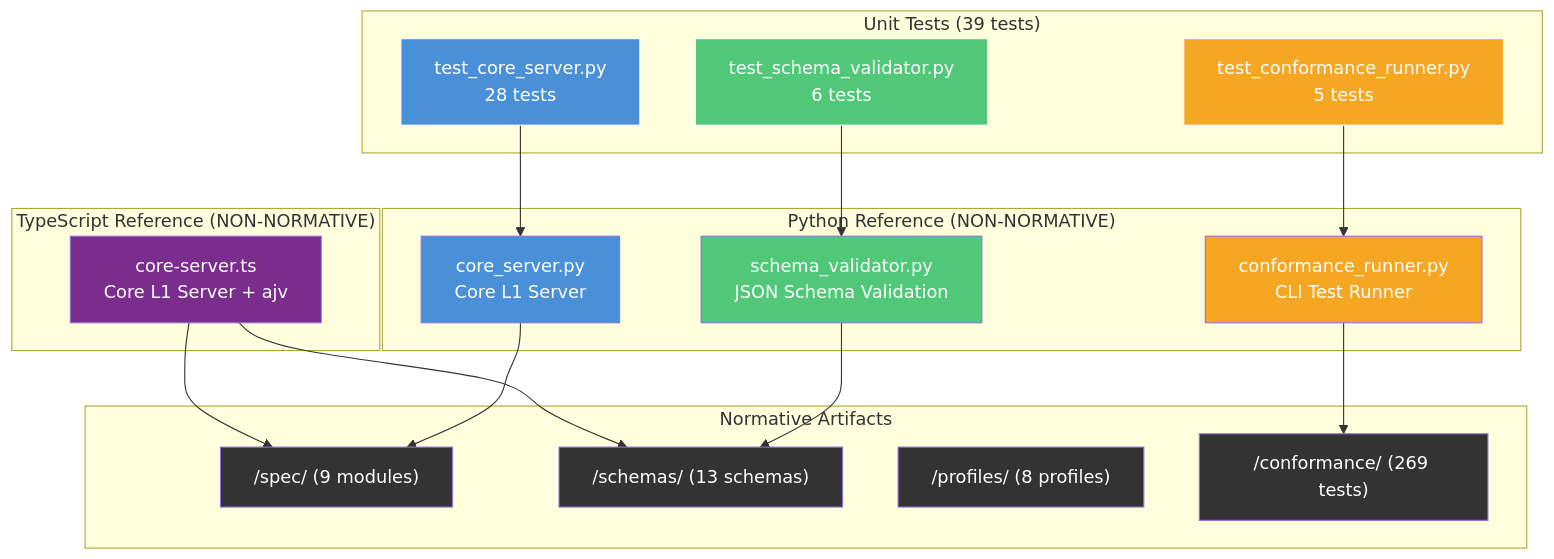
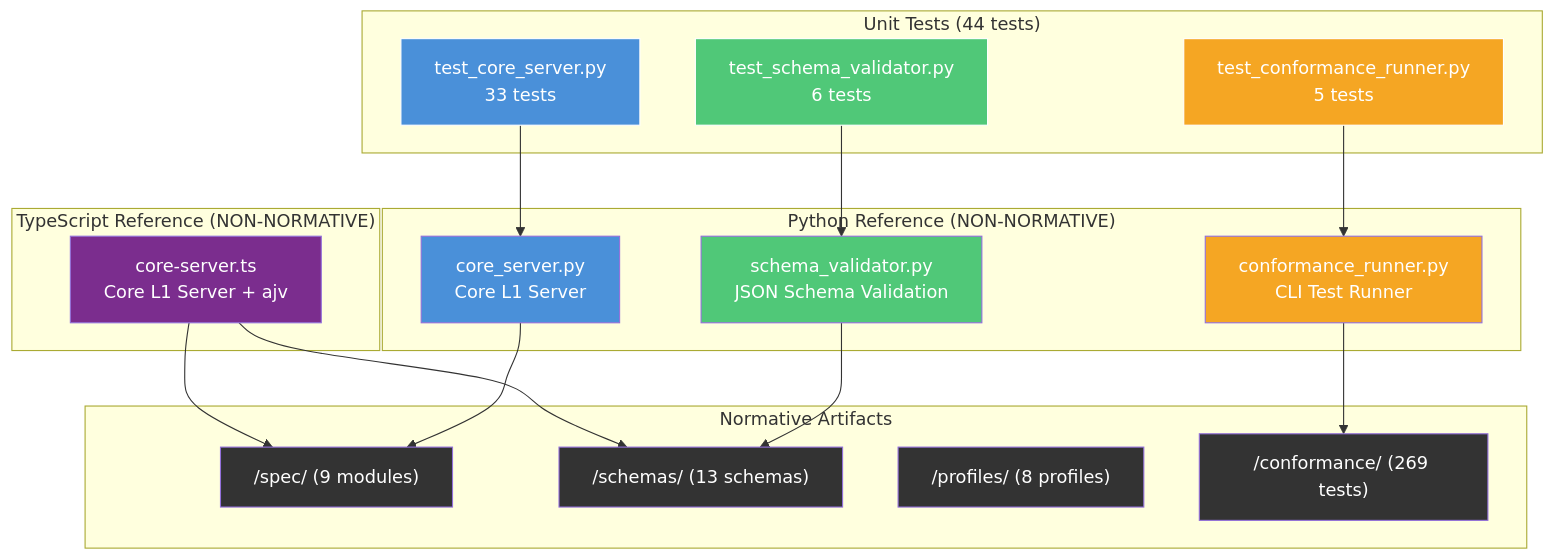
One commit to kevinkawchak/national-mcp-pai-oncology-trials changed the first of 8 diagrams in README.md. Above: the diagram before and after it, drawn with Mermaid. The commit also changed other lines of this file and 13 other files, not shown here.

First line of the commit message:
v0.6.0: Phase 1 — Correctness, Contract Alignment, and Schema-Code Drift Resolution

````diff
--- a/README.md
+++ b/README.md
@@ -206,46 +207,46 @@
 ```mermaid
 graph TB
   subgraph "Python Reference (NON-NORMATIVE)"
     PCS[core_server.py<br/>Core L1 Server]
     PSV[schema_validator.py<br/>JSON Schema Validation]
     PCR[conformance_runner.py<br/>CLI Test Runner]
   end
 
   subgraph "TypeScript Reference (NON-NORMATIVE)"
     TCS[core-server.ts<br/>Core L1 Server + ajv]
   end
 
-  subgraph "Unit Tests (39 tests)"
-    TCS_T[test_core_server.py<br/>28 tests]
+  subgraph "Unit Tests (44 tests)"
+    TCS_T[test_core_server.py<br/>33 tests]
     TSV_T[test_schema_validator.py<br/>6 tests]
     TCR_T[test_conformance_runner.py<br/>5 tests]
   end
 
   subgraph "Normative Artifacts"
     SPEC["/spec/ (9 modules)"]
     SCH["/schemas/ (13 schemas)"]
     PRO["/profiles/ (8 profiles)"]
     CON["/conformance/ (269 tests)"]
   end
 
   PCS --> SPEC
   PSV --> SCH
   PCR --> CON
   TCS --> SCH
   TCS --> SPEC
   TCS_T --> PCS
   TSV_T --> PSV
   TCR_T --> PCR
 
   style PCS fill:#4A90D9,color:#fff
   style PSV fill:#50C878,color:#fff
   style PCR fill:#F5A623,color:#fff
   style TCS fill:#7B2D8E,color:#fff
   style TCS_T fill:#4A90D9,color:#fff,stroke:#fff
   style TSV_T fill:#50C878,color:#fff,stroke:#fff
   style TCR_T fill:#F5A623,color:#fff,stroke:#fff
   style SPEC fill:#333,color:#fff
   style SCH fill:#333,color:#fff
   style PRO fill:#333,color:#fff
   style CON fill:#333,color:#fff
 ```
````
